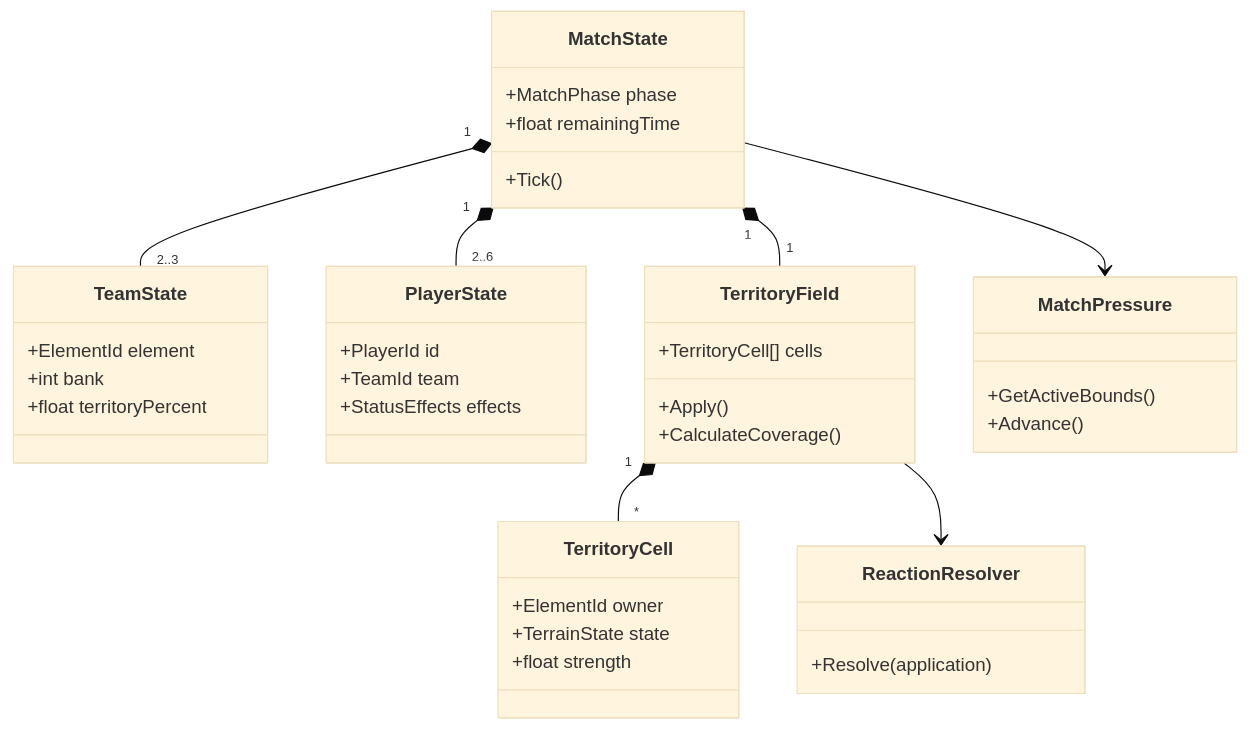
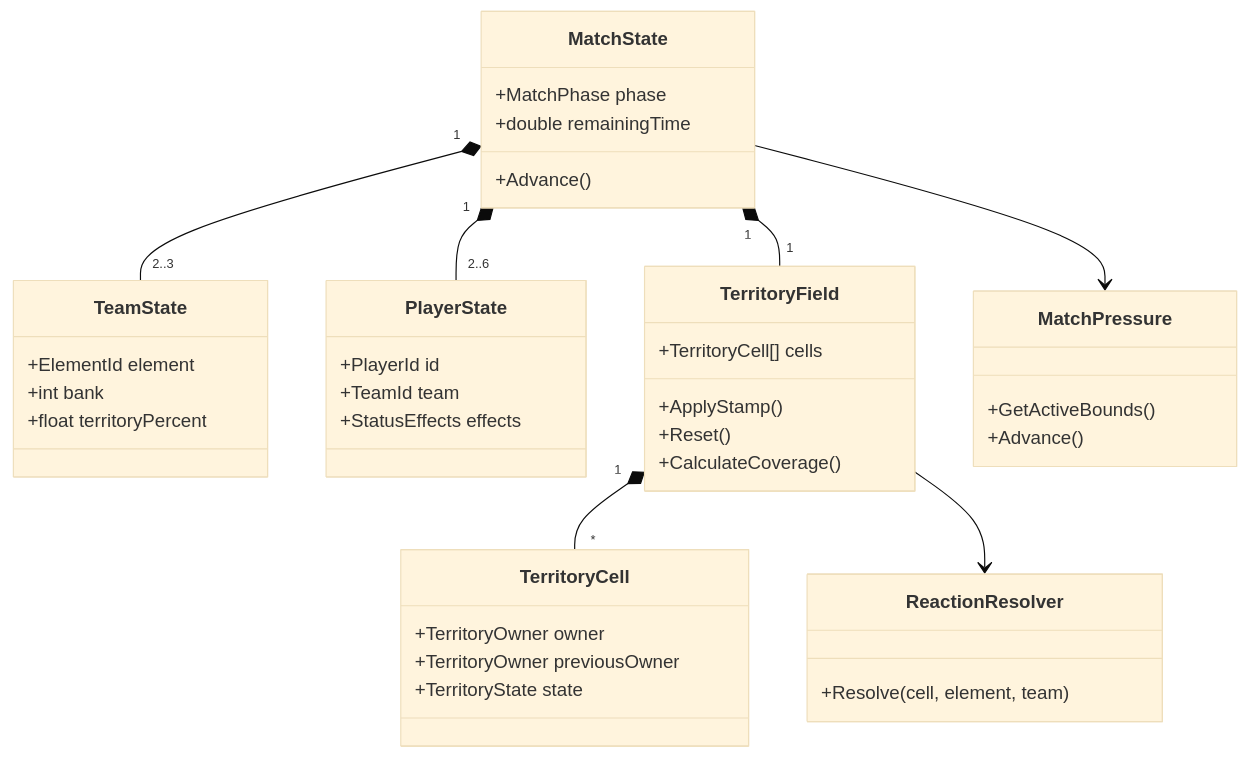
One commit to Zanark/Entropy-Tag changed the third of 4 diagrams in docs/02_TECHNICAL_ARCHITECTURE.md. Above: the diagram before and after it, drawn with Mermaid (base theme). The commit also changed 25 other files, not shown here.

````diff
--- a/docs/02_TECHNICAL_ARCHITECTURE.md
+++ b/docs/02_TECHNICAL_ARCHITECTURE.md
@@ -141,51 +141,52 @@
 ```mermaid
 classDiagram
     accTitle: EntropyTag core domain model
     accDescr: A match owns teams, players, a territory field, score state, and match pressure while reaction rules convert element applications into territory results.
 
     class MatchState {
         +MatchPhase phase
-        +float remainingTime
-        +Tick()
+        +double remainingTime
+        +Advance()
     }
 
     class TeamState {
         +ElementId element
         +int bank
         +float territoryPercent
     }
 
     class PlayerState {
         +PlayerId id
         +TeamId team
         +StatusEffects effects
     }
 
     class TerritoryField {
         +TerritoryCell[] cells
-        +Apply()
+        +ApplyStamp()
+        +Reset()
         +CalculateCoverage()
     }
 
     class TerritoryCell {
-        +ElementId owner
-        +TerrainState state
-        +float strength
+        +TerritoryOwner owner
+        +TerritoryOwner previousOwner
+        +TerritoryState state
     }
 
     class ReactionResolver {
-        +Resolve(application)
+        +Resolve(cell, element, team)
     }
 
     class MatchPressure {
         +GetActiveBounds()
         +Advance()
     }
 
     MatchState "1" *-- "2..3" TeamState
     MatchState "1" *-- "2..6" PlayerState
     MatchState "1" *-- "1" TerritoryField
     TerritoryField "1" *-- "*" TerritoryCell
     MatchState --> MatchPressure
     TerritoryField --> ReactionResolver
 ```
````
